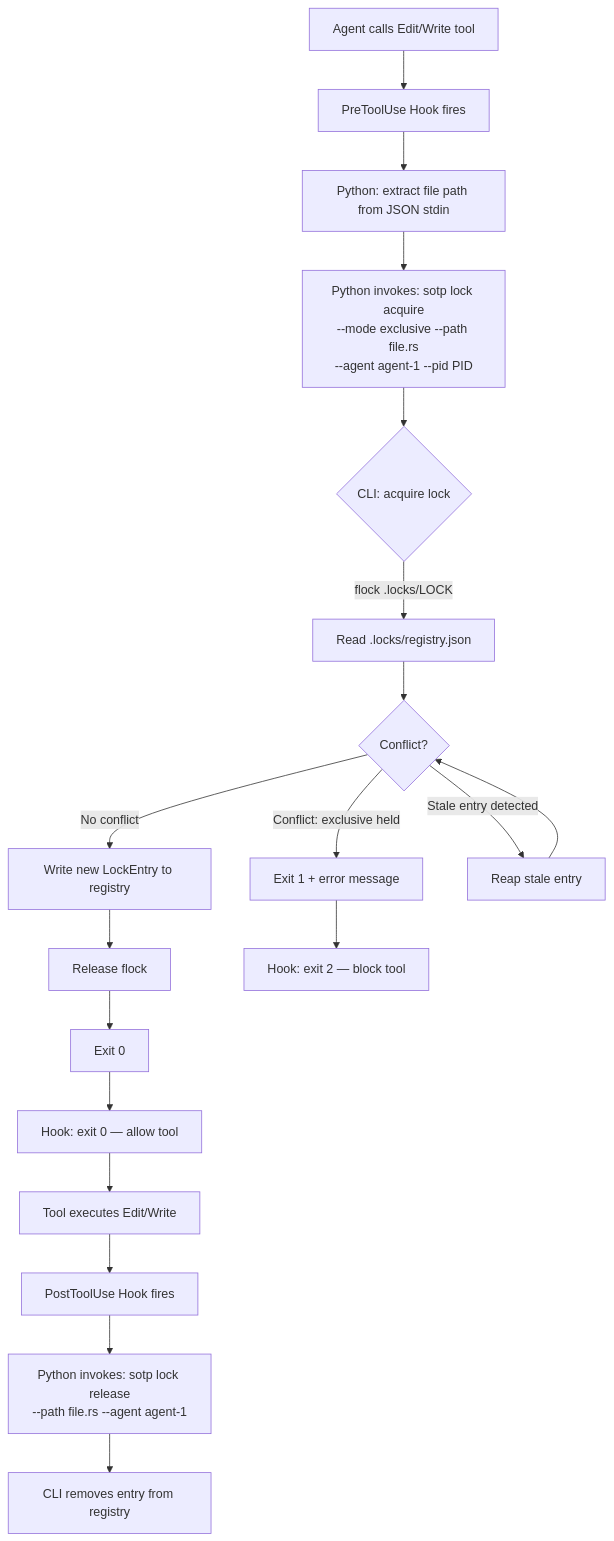
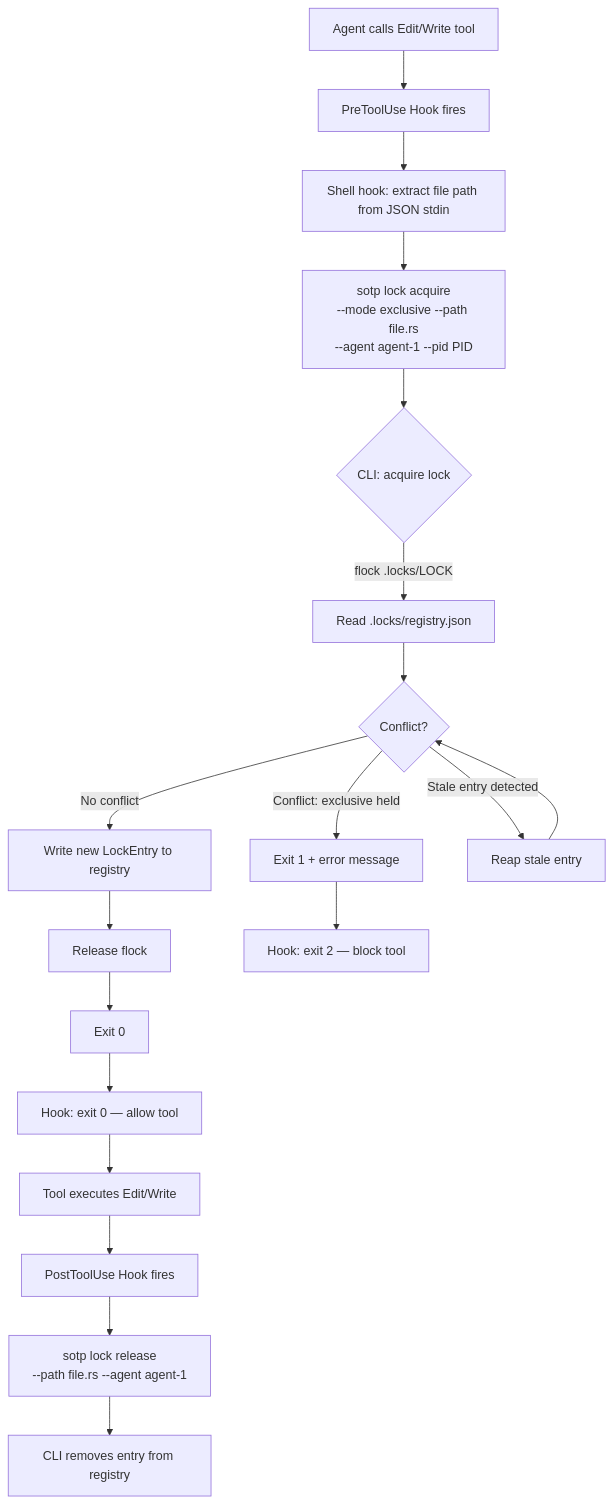
One commit to Flip451/SoTOHE-core changed the second of 4 diagrams in .claude/docs/DESIGN.md. Above: the diagram before and after it, drawn with Mermaid. The commit also changed other lines of this file and 12 other files, not shown here.

Commit message:
Remove deprecated Python hook launchers (block-direct-git-ops, file-lock-acquire/release)

````diff
--- a/.claude/docs/DESIGN.md
+++ b/.claude/docs/DESIGN.md
@@ -532,21 +532,21 @@
 ```mermaid
 flowchart TD
     A[Agent calls Edit/Write tool] --> B[PreToolUse Hook fires]
-    B --> C[Python: extract file path from JSON stdin]
-    C --> D[Python invokes: sotp lock acquire\n--mode exclusive --path file.rs\n--agent agent-1 --pid PID]
+    B --> C[Shell hook: extract file path from JSON stdin]
+    C --> D[sotp lock acquire\n--mode exclusive --path file.rs\n--agent agent-1 --pid PID]
     D --> E{CLI: acquire lock}
     E -->|flock .locks/LOCK| F[Read .locks/registry.json]
     F --> G{Conflict?}
     G -->|No conflict| H[Write new LockEntry to registry]
     H --> I[Release flock]
     I --> J[Exit 0]
     J --> K[Hook: exit 0 — allow tool]
     K --> L[Tool executes Edit/Write]
     L --> M[PostToolUse Hook fires]
-    M --> N[Python invokes: sotp lock release\n--path file.rs --agent agent-1]
+    M --> N[sotp lock release\n--path file.rs --agent agent-1]
     N --> O[CLI removes entry from registry]
     G -->|Conflict: exclusive held| Q[Exit 1 + error message]
     Q --> R[Hook: exit 2 — block tool]
     G -->|Stale entry detected| T[Reap stale entry]
     T --> G
 ```
````
